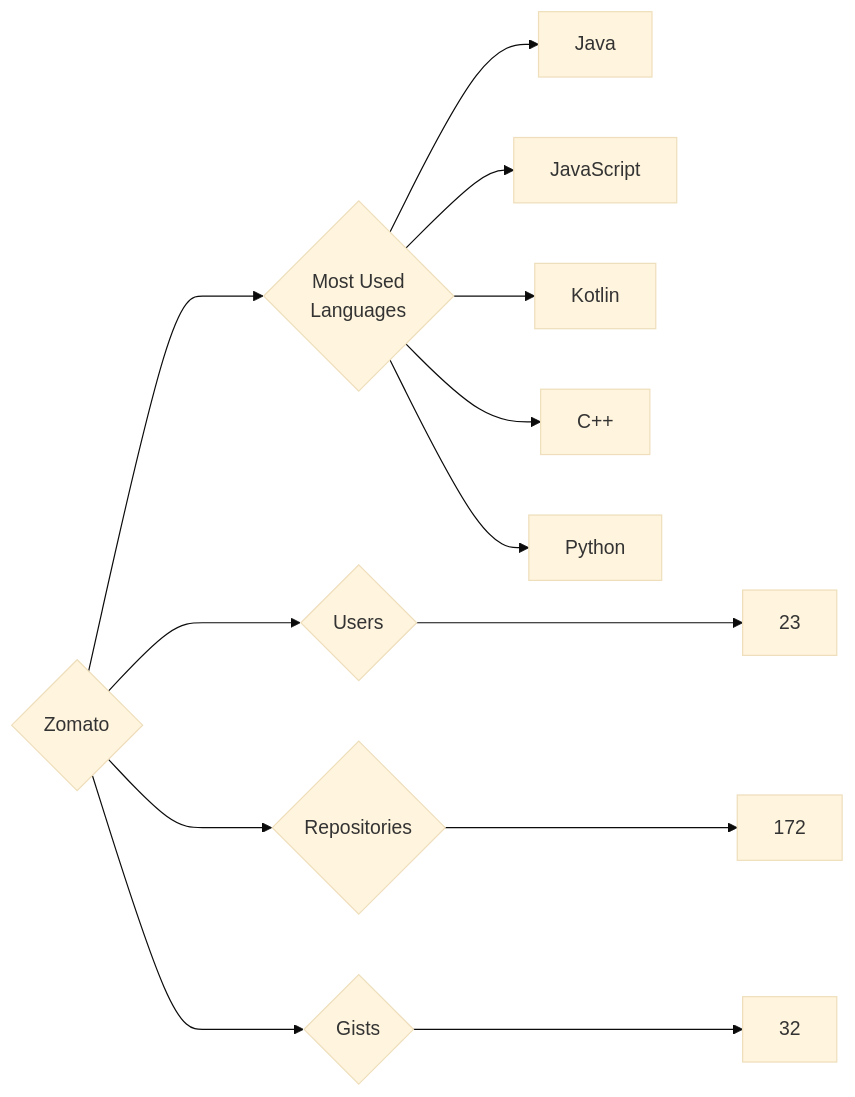
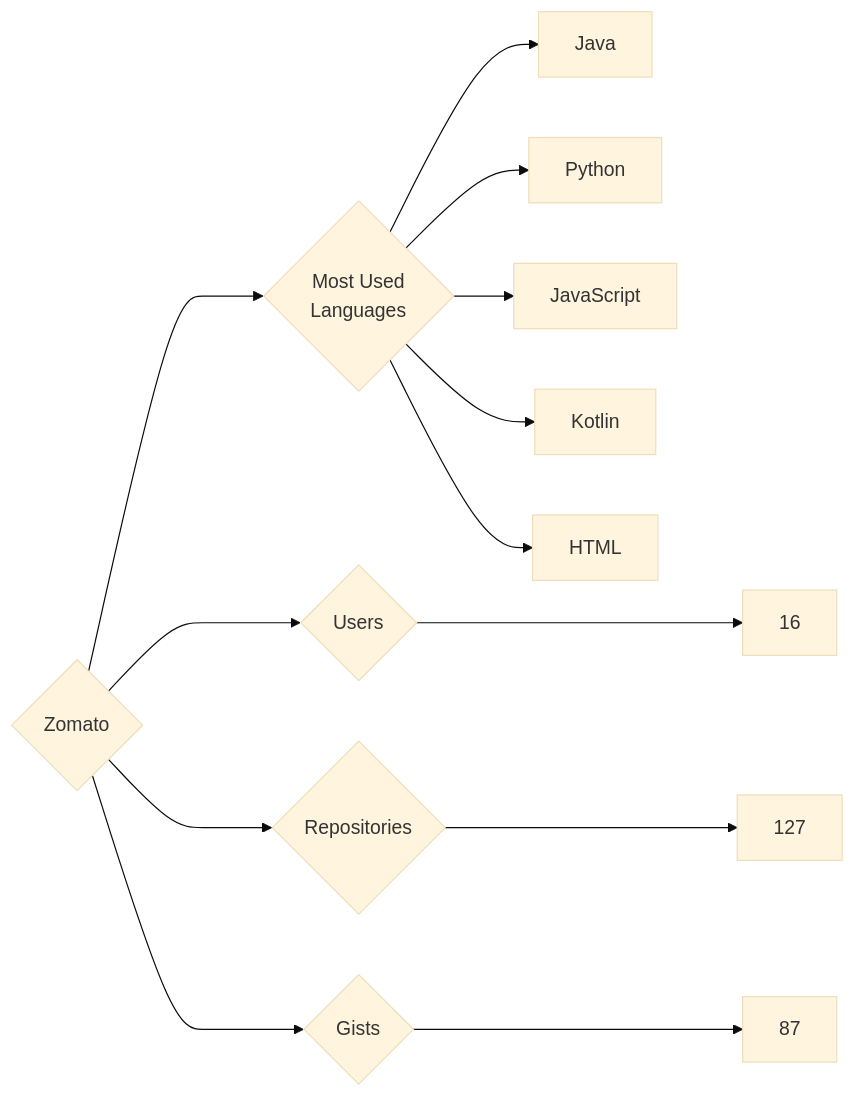
The diagram in targets/Zomato/README.md (trickest/insiders), drawn with Mermaid (base theme) before and after one commit. The commit also changed 970 other files, not shown here.

````diff
--- a/targets/Zomato/README.md
+++ b/targets/Zomato/README.md
@@ -3,13 +3,13 @@
 ```mermaid
 graph LR
 COMPANY_NAME{Zomato}
-COMPANY_NAME ---> U{Users} ---> UN[23]
-COMPANY_NAME ---> R{Repositories} ---> RN[172]
-COMPANY_NAME ---> G{Gists} ---> GN[32]
+COMPANY_NAME ---> U{Users} ---> UN[16]
+COMPANY_NAME ---> R{Repositories} ---> RN[127]
+COMPANY_NAME ---> G{Gists} ---> GN[87]
 COMPANY_NAME ---> ML{Most Used<br>Languages}
 ML --> Java[Java]
+ML --> Python[Python]
 ML --> JavaScript[JavaScript]
 ML --> Kotlin[Kotlin]
-ML --> C++[C++]
-ML --> Python[Python]
+ML --> HTML[HTML]
 ```
````
